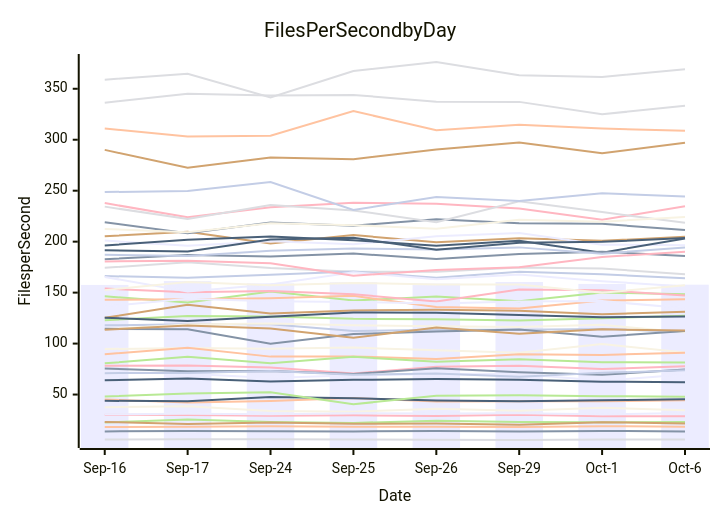
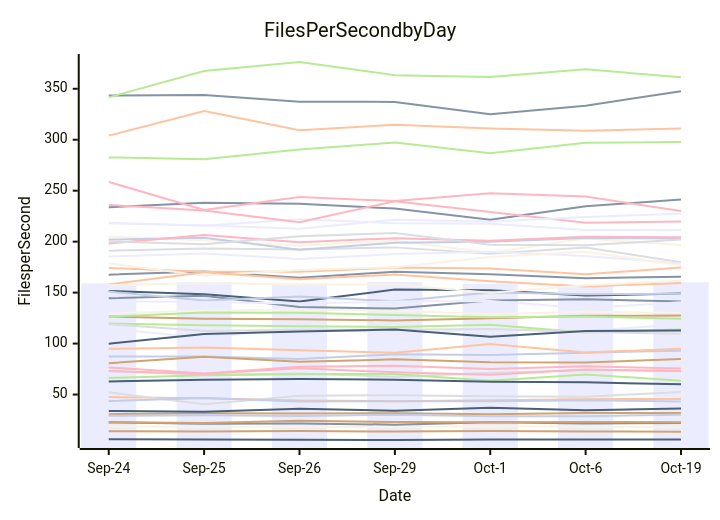
Before and after one commit to streetsidesoftware/cspell: the diagram in perf-report.md, drawn with Mermaid. The commit also changed other lines of this file and 1 other file, not shown here.

````diff
--- a/perf-report.md
+++ b/perf-report.md
@@ -10,57 +10,57 @@
 ```mermaid
 xychart-beta
     title Files Per Second by Day
     y-axis Files per Second
-    x-axis Date [Sep-16, Sep-17, Sep-24, Sep-25, Sep-26, Sep-29, Oct-1, Oct-6]
-    bar [157.55, 161.35, 159.12, 160.20, 158.85, 160.46, 158.54, 157.78]
-    line [13.81, 14.35, 14.04, 13.83, 14.23, 13.74, 14.24, 13.86]
-    line [45.26, 42.13, 43.68, 46.57, 43.13, 43.45, 43.36, 44.34]
-    line [5.78, 6.14, 6.07, 5.98, 5.68, 5.41, 5.92, 6.00]
-    line [122.88, 127.08, 126.63, 124.32, 123.86, 122.76, 124.85, 127.28]
-    line [205.27, 209.68, 198.18, 206.47, 199.39, 203.39, 200.83, 204.79]
-    line [117.89, 118.96, 119.04, 112.27, 113.64, 113.59, 114.39, 111.42]
-    line [78.20, 78.52, 76.56, 70.74, 77.36, 78.18, 75.07, 77.78]
-    line [43.88, 43.41, 47.56, 46.43, 44.28, 43.43, 44.41, 45.48]
-    line [94.66, 95.59, 94.92, 96.04, 93.49, 90.93, 99.59, 91.34]
-    line [72.12, 70.50, 66.34, 68.88, 70.01, 70.14, 63.55, 69.72]
-    line [75.50, 72.83, 73.03, 70.23, 75.87, 71.80, 69.38, 74.54]
-    line [18.07, 18.42, 18.78, 18.52, 18.42, 18.07, 18.99, 18.38]
-    line [174.36, 179.74, 174.18, 170.43, 170.45, 174.63, 173.65, 167.92]
-    line [22.54, 25.54, 23.00, 22.21, 24.38, 23.05, 22.85, 23.16]
-    line [125.28, 138.07, 129.51, 132.51, 133.16, 132.31, 128.76, 131.24]
-    line [71.01, 71.23, 73.00, 69.32, 70.55, 67.39, 71.27, 73.77]
-    line [30.21, 29.92, 29.23, 29.70, 28.98, 30.17, 28.67, 28.81]
-    line [63.96, 65.83, 62.91, 64.44, 65.18, 64.56, 62.65, 62.01]
-    line [37.64, 38.51, 33.90, 33.12, 36.15, 34.22, 37.04, 34.53]
-    line [201.07, 195.90, 200.29, 197.49, 205.32, 208.45, 197.08, 196.39]
-    line [219.15, 208.36, 218.68, 215.66, 222.06, 218.14, 217.51, 211.32]
-    line [89.51, 95.95, 87.21, 87.42, 84.85, 89.53, 88.83, 91.13]
-    line [336.36, 345.01, 343.35, 343.97, 337.30, 337.13, 324.92, 333.43]
-    line [146.41, 140.36, 151.00, 142.17, 146.26, 141.54, 150.02, 148.37]
-    line [23.11, 21.10, 22.62, 21.27, 21.60, 20.47, 22.93, 21.69]
-    line [166.22, 164.57, 167.61, 170.71, 164.68, 170.44, 168.02, 164.09]
-    line [237.82, 223.98, 233.86, 238.09, 237.21, 232.50, 221.42, 234.66]
-    line [196.22, 201.98, 205.02, 201.39, 195.94, 200.94, 189.24, 203.08]
-    line [114.20, 118.71, 119.64, 118.05, 116.99, 116.24, 118.39, 111.00]
-    line [30.60, 31.19, 30.72, 31.67, 31.52, 31.59, 30.62, 31.79]
-    line [182.86, 186.84, 185.48, 188.32, 183.01, 187.77, 190.16, 185.98]
-    line [142.94, 143.60, 144.39, 146.81, 135.80, 134.31, 142.24, 143.38]
-    line [234.37, 222.15, 235.99, 230.67, 219.04, 239.66, 229.06, 218.48]
-    line [47.97, 51.02, 52.29, 40.48, 48.89, 49.28, 48.37, 47.88]
-    line [290.03, 272.63, 282.67, 280.96, 290.36, 297.31, 286.74, 296.93]
-    line [187.14, 185.91, 190.99, 193.37, 192.37, 194.39, 188.26, 194.31]
-    line [153.96, 150.40, 151.64, 148.32, 141.41, 152.96, 152.29, 147.14]
-    line [191.56, 190.37, 202.02, 203.87, 192.01, 198.88, 199.85, 203.55]
-    line [212.42, 209.15, 217.97, 216.10, 212.71, 221.60, 219.58, 224.28]
-    line [165.37, 151.18, 158.06, 170.07, 163.11, 167.69, 161.21, 156.12]
-    line [114.44, 114.03, 99.84, 109.30, 111.81, 113.74, 106.75, 112.35]
-    line [311.02, 303.26, 304.00, 328.11, 309.34, 314.63, 311.05, 308.73]
-    line [358.89, 364.75, 341.57, 367.34, 376.26, 363.37, 361.56, 369.11]
-    line [80.59, 86.98, 80.71, 87.03, 82.08, 84.54, 81.78, 81.41]
-    line [113.56, 117.79, 114.76, 105.80, 115.76, 109.67, 113.99, 112.94]
-    line [248.63, 249.79, 258.60, 231.14, 243.74, 239.90, 247.38, 244.34]
-    line [180.61, 181.38, 178.77, 166.50, 172.24, 175.00, 184.88, 190.21]
-    line [125.41, 122.07, 126.43, 130.53, 130.33, 127.99, 125.90, 126.66]
-    line [152.45, 160.47, 157.19, 159.48, 158.08, 158.04, 149.87, 157.33]
-    line [136.52, 144.05, 141.65, 140.89, 139.38, 141.22, 141.74, 134.66]
+    x-axis Date [Sep-24, Sep-25, Sep-26, Sep-29, Oct-1, Oct-6, Oct-19]
+    bar [159.12, 160.20, 158.85, 160.46, 158.54, 157.78, 160.18]
+    line [167.61, 170.71, 164.68, 170.44, 168.02, 164.09, 165.62]
+    line [47.56, 46.43, 44.28, 43.43, 44.41, 45.48, 45.71]
+    line [52.29, 40.48, 48.89, 49.28, 48.37, 47.88, 52.51]
+    line [282.67, 280.96, 290.36, 297.31, 286.74, 296.93, 297.73]
+    line [14.04, 13.83, 14.23, 13.74, 14.24, 13.86, 13.50]
+    line [43.68, 46.57, 43.13, 43.45, 43.36, 44.34, 43.18]
+    line [76.56, 70.74, 77.36, 78.18, 75.07, 77.78, 75.64]
+    line [6.07, 5.98, 5.68, 5.41, 5.92, 6.00, 5.98]
+    line [205.02, 201.39, 195.94, 200.94, 189.24, 203.08, 196.69]
+    line [114.76, 105.80, 115.76, 109.67, 113.99, 112.94, 118.40]
+    line [22.62, 21.27, 21.60, 20.47, 22.93, 21.69, 22.07]
+    line [174.18, 170.43, 170.45, 174.63, 173.65, 167.92, 174.65]
+    line [73.00, 69.32, 70.55, 67.39, 71.27, 73.77, 73.70]
+    line [66.34, 68.88, 70.01, 70.14, 63.55, 69.72, 63.63]
+    line [30.72, 31.67, 31.52, 31.59, 30.62, 31.79, 32.02]
+    line [87.21, 87.42, 84.85, 89.53, 88.83, 91.13, 92.96]
+    line [73.03, 70.23, 75.87, 71.80, 69.38, 74.54, 72.89]
+    line [62.91, 64.44, 65.18, 64.56, 62.65, 62.01, 60.01]
+    line [18.78, 18.52, 18.42, 18.07, 18.99, 18.38, 18.14]
+    line [218.68, 215.66, 222.06, 218.14, 217.51, 211.32, 211.34]
+    line [343.35, 343.97, 337.30, 337.13, 324.92, 333.43, 347.50]
+    line [304.00, 328.11, 309.34, 314.63, 311.05, 308.73, 311.09]
+    line [190.99, 193.37, 192.37, 194.39, 188.26, 194.31, 179.88]
+    line [119.64, 118.05, 116.99, 116.24, 118.39, 111.00, 113.90]
+    line [126.63, 124.32, 123.86, 122.76, 124.85, 127.28, 127.46]
+    line [202.02, 203.87, 192.01, 198.88, 199.85, 203.55, 203.08]
+    line [198.18, 206.47, 199.39, 203.39, 200.83, 204.79, 204.21]
+    line [33.90, 33.12, 36.15, 34.22, 37.04, 34.53, 36.32]
+    line [129.51, 132.51, 133.16, 132.31, 128.76, 131.24, 130.05]
+    line [185.48, 188.32, 183.01, 187.77, 190.16, 185.98, 178.65]
+    line [233.86, 238.09, 237.21, 232.50, 221.42, 234.66, 241.28]
+    line [94.92, 96.04, 93.49, 90.93, 99.59, 91.34, 94.82]
+    line [200.29, 197.49, 205.32, 208.45, 197.08, 196.39, 202.07]
+    line [126.43, 130.53, 130.33, 127.99, 125.90, 126.66, 124.28]
+    line [23.00, 22.21, 24.38, 23.05, 22.85, 23.16, 22.72]
+    line [29.23, 29.70, 28.98, 30.17, 28.67, 28.81, 30.15]
+    line [235.99, 230.67, 219.04, 239.66, 229.06, 218.48, 219.68]
+    line [151.64, 148.32, 141.41, 152.96, 152.29, 147.14, 149.14]
+    line [178.77, 166.50, 172.24, 175.00, 184.88, 190.21, 176.60]
+    line [217.97, 216.10, 212.71, 221.60, 219.58, 224.28, 227.49]
+    line [144.39, 146.81, 135.80, 134.31, 142.24, 143.38, 141.22]
+    line [158.06, 170.07, 163.11, 167.69, 161.21, 156.12, 159.54]
+    line [119.04, 112.27, 113.64, 113.59, 114.39, 111.42, 109.67]
+    line [341.57, 367.34, 376.26, 363.37, 361.56, 369.11, 361.25]
+    line [80.71, 87.03, 82.08, 84.54, 81.78, 81.41, 84.92]
+    line [151.00, 142.17, 146.26, 141.54, 150.02, 148.37, 148.83]
+    line [258.60, 231.14, 243.74, 239.90, 247.38, 244.34, 229.98]
+    line [99.84, 109.30, 111.81, 113.74, 106.75, 112.35, 112.96]
+    line [157.19, 159.48, 158.08, 158.04, 149.87, 157.33, 161.56]
+    line [141.65, 140.89, 139.38, 141.22, 141.74, 134.66, 140.55]
 ```
````
